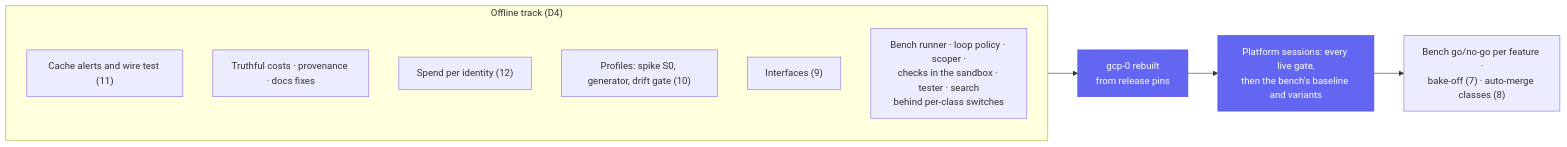
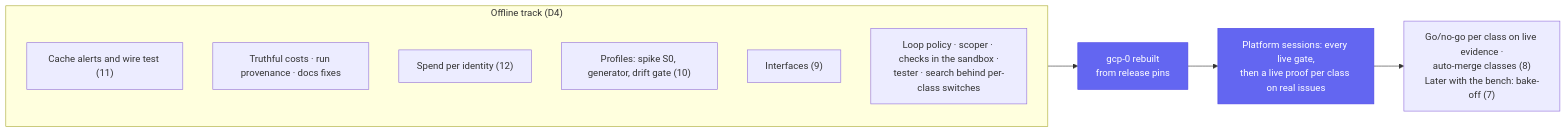
One commit to Smana/ai-native-ref changed the second of 2 diagrams in docs/superpowers/specs/2026-10-19-v3-roadmap-design.md. Above: the diagram before and after it, drawn with Mermaid. The commit also changed other lines of this file and 8 other files, not shown here.

First line of the commit message:
docs(v3): six designs approved, run provenance, the bench and the bake-off deferred until a sponsor (#100)

````diff
--- a/docs/superpowers/specs/2026-10-19-v3-roadmap-design.md
+++ b/docs/superpowers/specs/2026-10-19-v3-roadmap-design.md
@@ -103,17 +104,17 @@
 ```mermaid
 flowchart LR
   subgraph off["Offline track (D4)"]
     direction TB
     o1["Cache alerts and wire test (11)"]
-    o2["Truthful costs · provenance · docs fixes"]
+    o2["Truthful costs · run provenance · docs fixes"]
     o3["Spend per identity (12)"]
     o4["Profiles: spike S0, generator, drift gate (10)"]
     o5["Interfaces (9)"]
-    o6["Bench runner · loop policy · scoper ·<br/>checks in the sandbox · tester · search<br/>behind per-class switches"]
+    o6["Loop policy · scoper · checks in the sandbox ·<br/>tester · search behind per-class switches"]
   end
   off --> gcp["gcp-0 rebuilt<br/>from release pins"]
-  gcp --> live["Platform sessions: every live gate,<br/>then the bench's baseline and variants"]
-  live --> gated["Bench go/no-go per feature ·<br/>bake-off (7) · auto-merge classes (8)"]
+  gcp --> live["Platform sessions: every live gate,<br/>then a live proof per class on real issues"]
+  live --> gated["Go/no-go per class on live evidence ·<br/>auto-merge classes (8)<br/>Later with the bench: bake-off (7)"]
   classDef base fill:#6366f1,stroke:#4f46e5,color:#fff
   class gcp,live base
 ```
````
